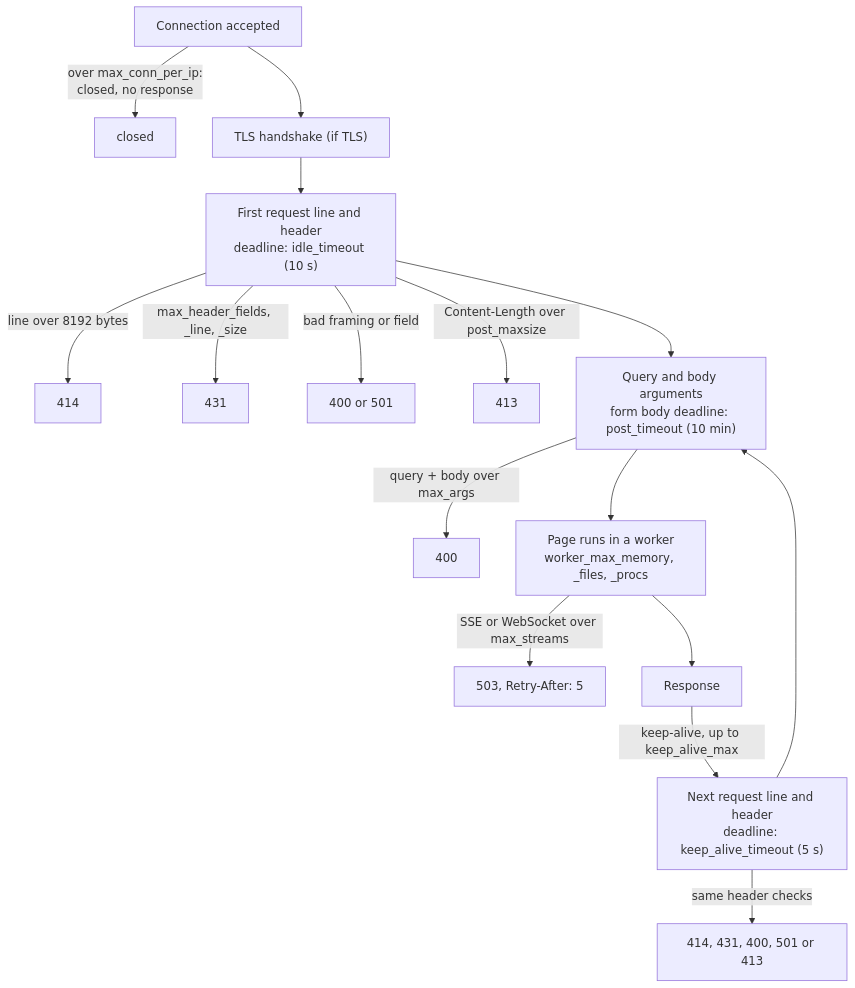
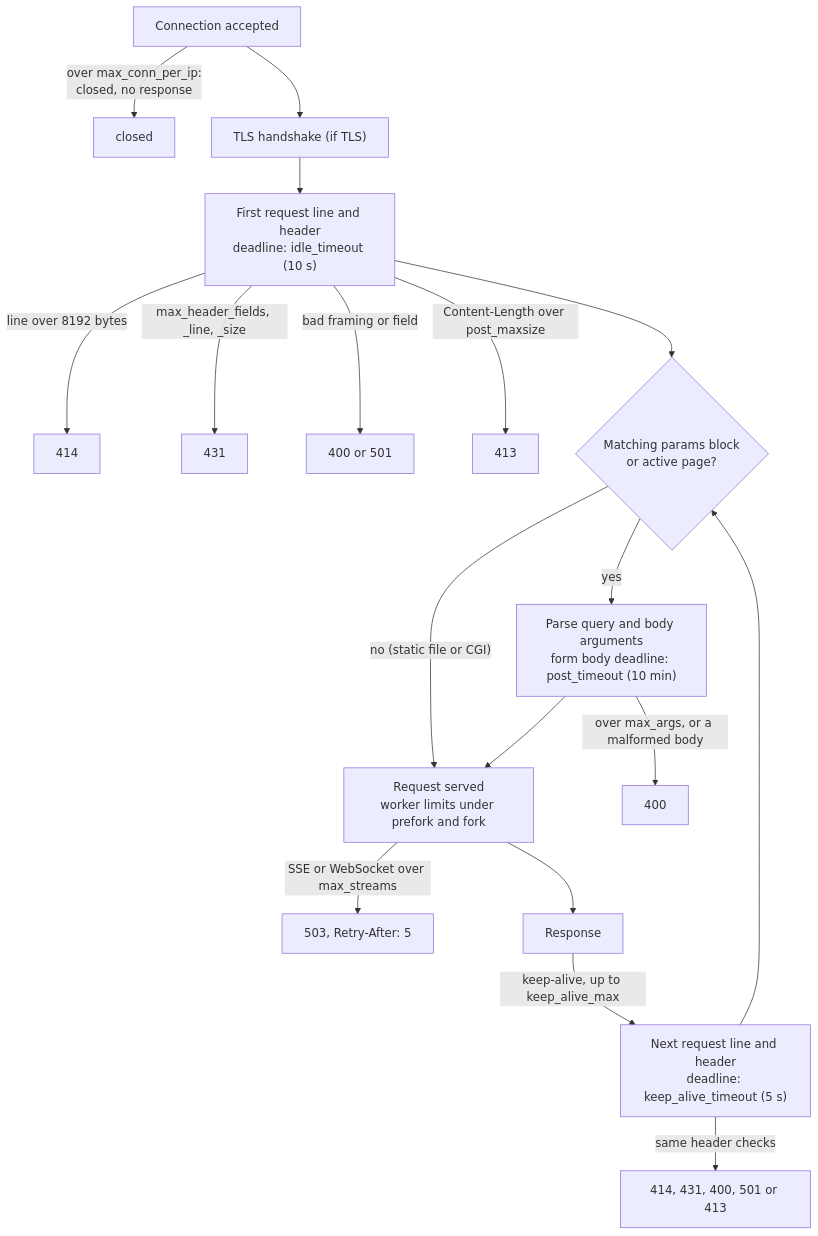
Before and after one commit to DanielTillett/klin: the diagram in doc/LIMITS.md, drawn with Mermaid. The commit also changed other lines of this file and 20 other files, not shown here.

````diff
--- a/doc/LIMITS.md
+++ b/doc/LIMITS.md
@@ -16,18 +21,20 @@
 ```mermaid
 flowchart TD
     A["Connection accepted"] -->|"over max_conn_per_ip:<br/>closed, no response"| X1["closed"]
     A --> B["TLS handshake (if TLS)"]
     B --> C["First request line and header<br/>deadline: idle_timeout (10 s)"]
     C -->|"line over 8192 bytes"| R414["414"]
     C -->|"max_header_fields, _line, _size"| R431["431"]
     C -->|"bad framing or field"| R400["400 or 501"]
     C -->|"Content-Length over post_maxsize"| R413["413"]
-    C --> D["Query and body arguments<br/>form body deadline: post_timeout (10 min)"]
-    D -->|"query + body over max_args"| R400b["400"]
-    D --> E["Page runs in a worker<br/>worker_max_memory, _files, _procs"]
+    C --> S{"Matching params block<br/>or active page?"}
+    S -- "no (static file or CGI)" --> E
+    S -- yes --> D["Parse query and body arguments<br/>form body deadline: post_timeout (10 min)"]
+    D -->|"over max_args, or a malformed body"| R400b["400"]
+    D --> E["Request served<br/>worker limits under prefork and fork"]
     E -->|"SSE or WebSocket over max_streams"| R503["503, Retry-After: 5"]
     E --> F["Response"]
     F -->|"keep-alive, up to keep_alive_max"| K["Next request line and header<br/>deadline: keep_alive_timeout (5 s)"]
     K -->|"same header checks"| R2["414, 431, 400, 501 or 413"]
-    K --> D
+    K --> S
 ```
````
